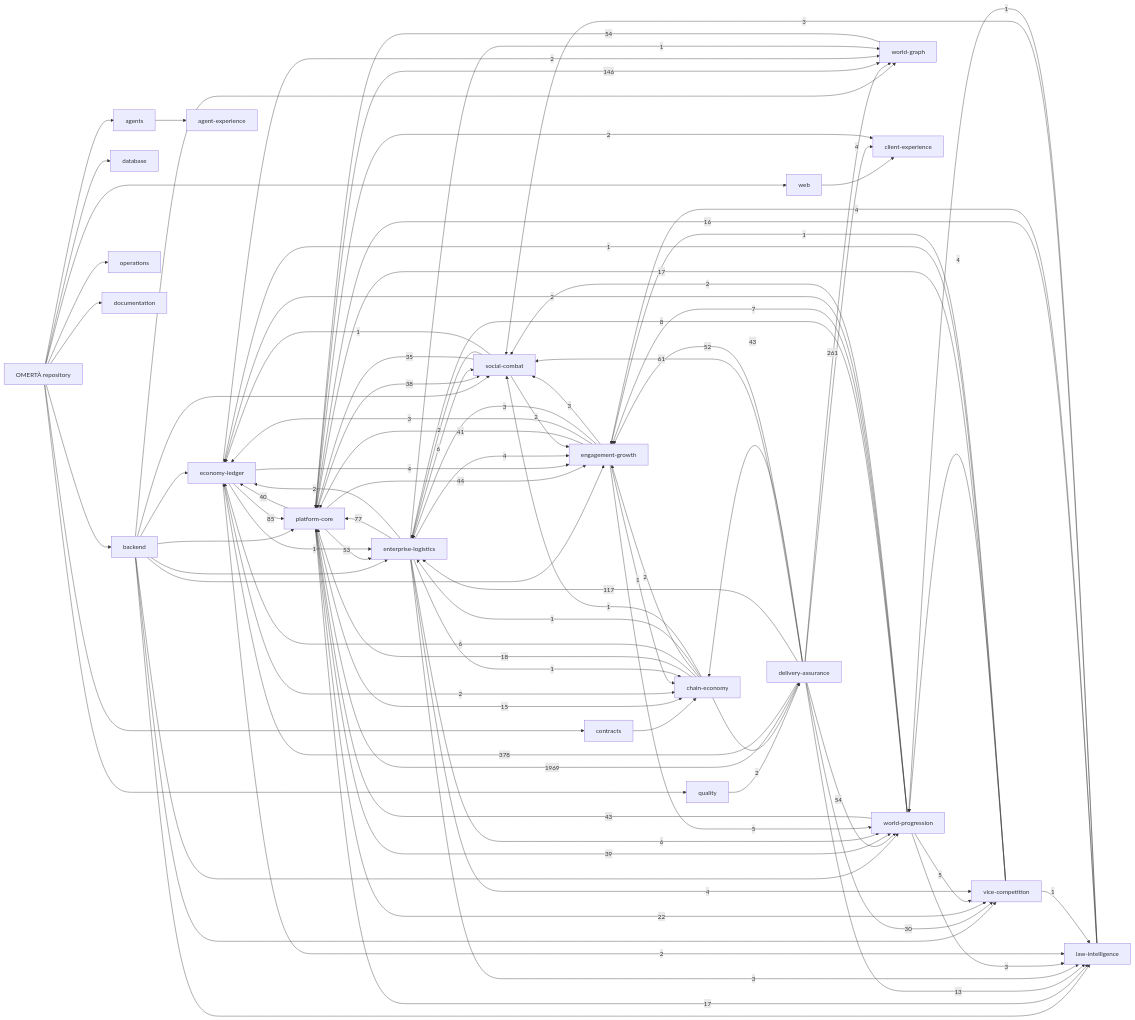
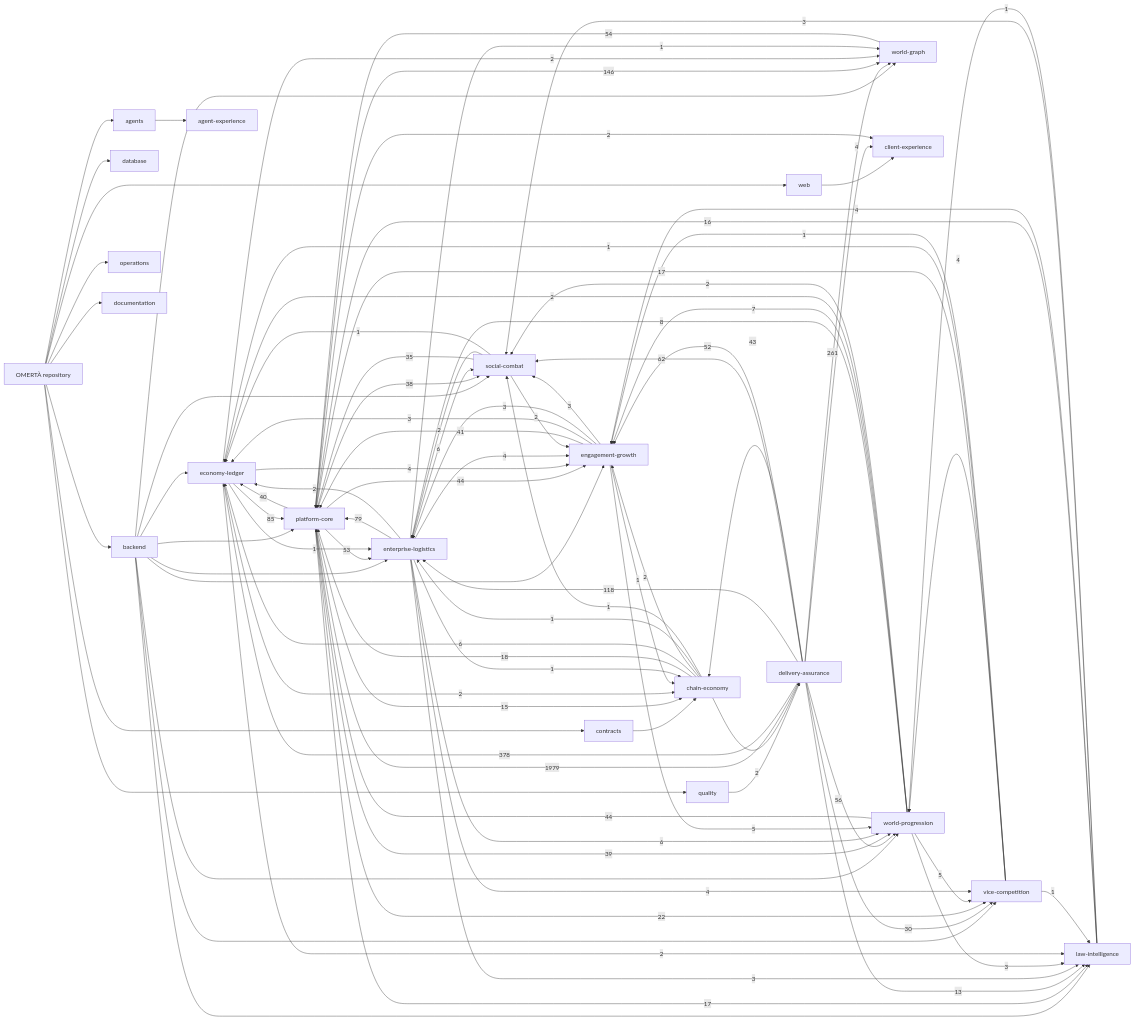
Before and after one commit to OmertaDev/Omerta: the diagram in knowledge/generated/graph.mmd, drawn with Mermaid. The commit also changed 8 other files, not shown here.

```diff
--- a/knowledge/generated/graph.mmd
+++ b/knowledge/generated/graph.mmd
@@ -1,113 +1,113 @@
 flowchart LR
   repo["OMERTÀ repository"]
   sub_backend["backend"]
   repo --> sub_backend
   sub_database["database"]
   repo --> sub_database
   sub_web["web"]
   repo --> sub_web
   sub_contracts["contracts"]
   repo --> sub_contracts
   sub_agents["agents"]
   repo --> sub_agents
   sub_quality["quality"]
   repo --> sub_quality
   sub_operations["operations"]
   repo --> sub_operations
   sub_documentation["documentation"]
   repo --> sub_documentation
   dom_platform-core["platform-core"]
   dom_economy-ledger["economy-ledger"]
   dom_social-combat["social-combat"]
   dom_world-progression["world-progression"]
   dom_world-graph["world-graph"]
   dom_enterprise-logistics["enterprise-logistics"]
   dom_vice-competition["vice-competition"]
   dom_law-intelligence["law-intelligence"]
   dom_chain-economy["chain-economy"]
   dom_engagement-growth["engagement-growth"]
   dom_client-experience["client-experience"]
   dom_agent-experience["agent-experience"]
   dom_delivery-assurance["delivery-assurance"]
   sub_agents --> dom_agent-experience
   sub_backend --> dom_economy-ledger
   sub_backend --> dom_engagement-growth
   sub_backend --> dom_enterprise-logistics
   sub_backend --> dom_law-intelligence
   sub_backend --> dom_platform-core
   sub_backend --> dom_social-combat
   sub_backend --> dom_vice-competition
   sub_backend --> dom_world-graph
   sub_backend --> dom_world-progression
   sub_contracts --> dom_chain-economy
   sub_quality --> dom_delivery-assurance
   sub_web --> dom_client-experience
-  dom_delivery-assurance -->|1969| dom_platform-core
+  dom_delivery-assurance -->|1979| dom_platform-core
   dom_delivery-assurance -->|378| dom_economy-ledger
   dom_delivery-assurance -->|261| dom_world-graph
   dom_platform-core -->|146| dom_world-graph
-  dom_delivery-assurance -->|117| dom_enterprise-logistics
+  dom_delivery-assurance -->|118| dom_enterprise-logistics
   dom_economy-ledger -->|85| dom_platform-core
-  dom_enterprise-logistics -->|77| dom_platform-core
-  dom_delivery-assurance -->|61| dom_social-combat
-  dom_delivery-assurance -->|54| dom_world-progression
+  dom_enterprise-logistics -->|79| dom_platform-core
+  dom_delivery-assurance -->|62| dom_social-combat
+  dom_delivery-assurance -->|56| dom_world-progression
   dom_world-graph -->|54| dom_platform-core
   dom_platform-core -->|53| dom_enterprise-logistics
   dom_delivery-assurance -->|52| dom_engagement-growth
   dom_platform-core -->|44| dom_engagement-growth
+  dom_world-progression -->|44| dom_platform-core
   dom_delivery-assurance -->|43| dom_chain-economy
-  dom_world-progression -->|43| dom_platform-core
   dom_engagement-growth -->|41| dom_platform-core
   dom_platform-core -->|40| dom_economy-ledger
   dom_platform-core -->|39| dom_world-progression
   dom_platform-core -->|38| dom_social-combat
   dom_social-combat -->|35| dom_platform-core
   dom_delivery-assurance -->|30| dom_vice-competition
   dom_platform-core -->|22| dom_vice-competition
   dom_chain-economy -->|18| dom_platform-core
   dom_platform-core -->|17| dom_law-intelligence
   dom_vice-competition -->|17| dom_platform-core
   dom_law-intelligence -->|16| dom_platform-core
   dom_platform-core -->|15| dom_chain-economy
   dom_delivery-assurance -->|13| dom_law-intelligence
   dom_world-progression -->|8| dom_enterprise-logistics
   dom_world-progression -->|7| dom_engagement-growth
   dom_chain-economy -->|6| dom_economy-ledger
   dom_enterprise-logistics -->|6| dom_social-combat
   dom_enterprise-logistics -->|6| dom_world-progression
   dom_engagement-growth -->|5| dom_world-progression
   dom_world-progression -->|5| dom_vice-competition
   dom_delivery-assurance -->|4| dom_client-experience
   dom_economy-ledger -->|4| dom_engagement-growth
   dom_enterprise-logistics -->|4| dom_engagement-growth
   dom_enterprise-logistics -->|4| dom_vice-competition
   dom_law-intelligence -->|4| dom_engagement-growth
   dom_vice-competition -->|4| dom_world-progression
   dom_engagement-growth -->|3| dom_economy-ledger
   dom_engagement-growth -->|3| dom_enterprise-logistics
   dom_engagement-growth -->|3| dom_social-combat
   dom_enterprise-logistics -->|3| dom_law-intelligence
   dom_law-intelligence -->|3| dom_social-combat
   dom_world-progression -->|3| dom_law-intelligence
   dom_chain-economy -->|2| dom_delivery-assurance
   dom_chain-economy -->|2| dom_engagement-growth
   dom_economy-ledger -->|2| dom_chain-economy
   dom_economy-ledger -->|2| dom_law-intelligence
   dom_economy-ledger -->|2| dom_world-graph
   dom_enterprise-logistics -->|2| dom_economy-ledger
   dom_platform-core -->|2| dom_client-experience
   dom_social-combat -->|2| dom_engagement-growth
   dom_social-combat -->|2| dom_enterprise-logistics
   dom_world-progression -->|2| dom_economy-ledger
   dom_world-progression -->|2| dom_social-combat
   dom_chain-economy -->|1| dom_enterprise-logistics
   dom_chain-economy -->|1| dom_social-combat
   dom_economy-ledger -->|1| dom_enterprise-logistics
   dom_engagement-growth -->|1| dom_chain-economy
   dom_enterprise-logistics -->|1| dom_chain-economy
   dom_enterprise-logistics -->|1| dom_world-graph
   dom_law-intelligence -->|1| dom_world-progression
   dom_social-combat -->|1| dom_economy-ledger
   dom_vice-competition -->|1| dom_economy-ledger
   dom_vice-competition -->|1| dom_engagement-growth
   dom_vice-competition -->|1| dom_law-intelligence
```
